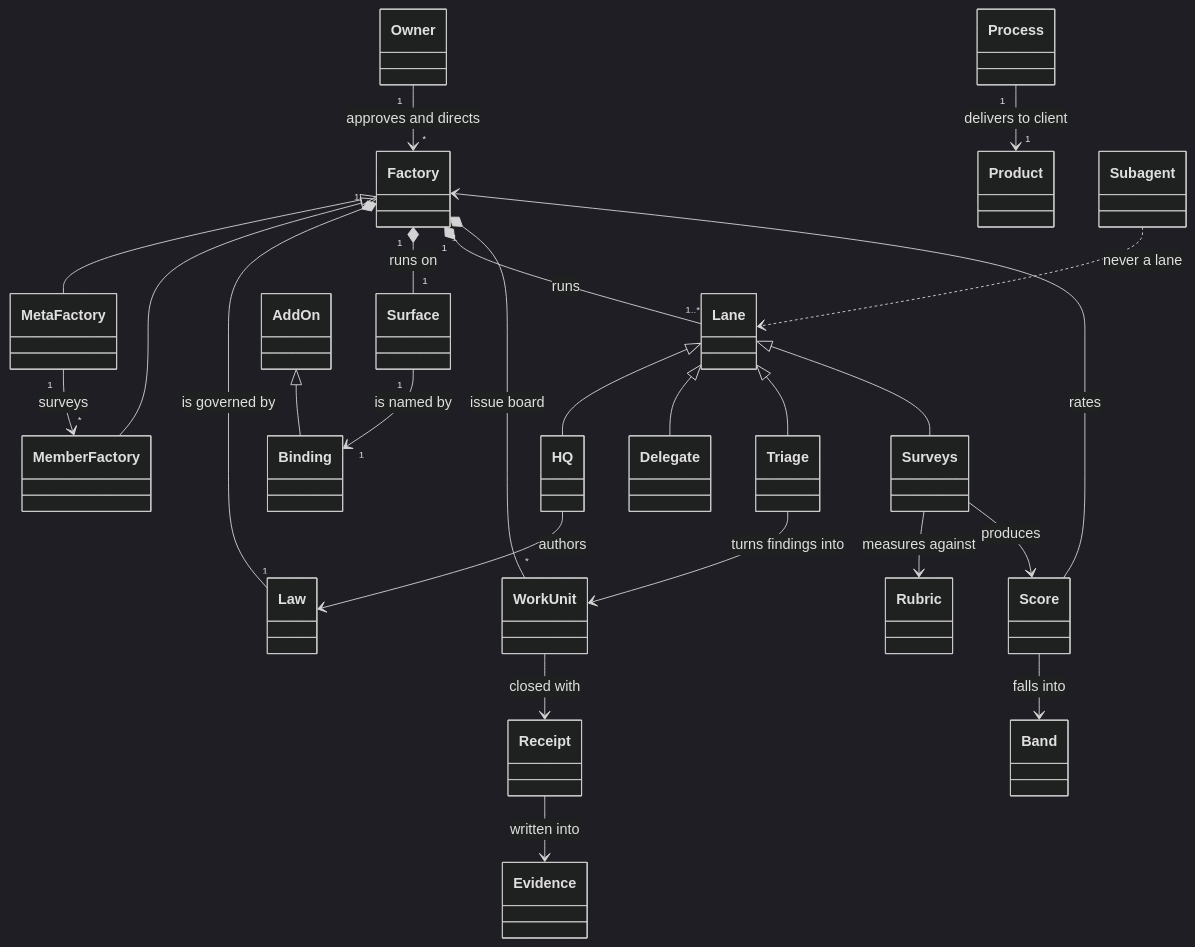
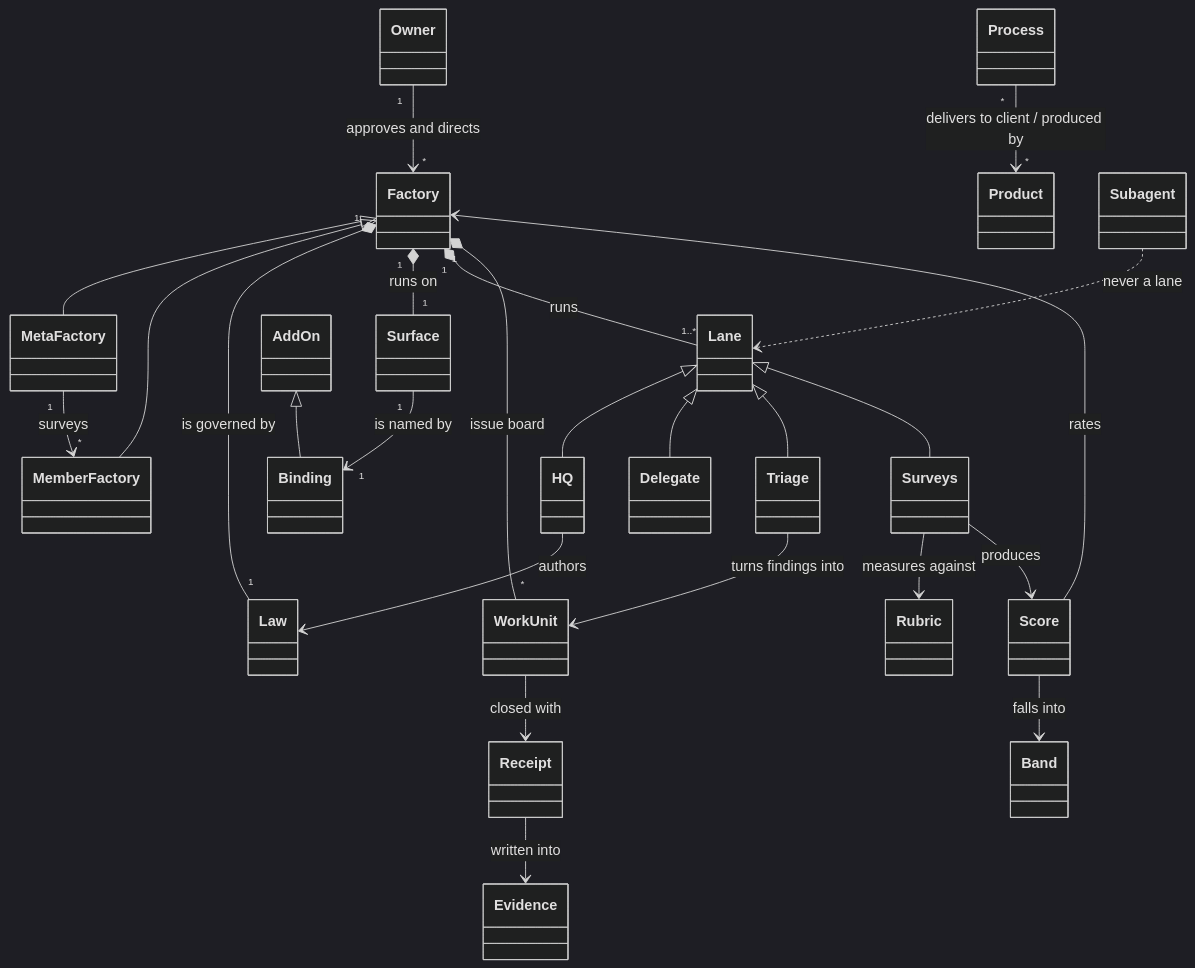
One commit to leshchenko1979/agent-factories changed the first of 4 diagrams in ONTOLOGY.md. Above: the diagram before and after it, drawn with Mermaid (dark theme). The commit also changed other lines of this file and 2 other files, not shown here.

Commit message:
Codify many-to-many process-to-product relationship and explicit client value recording

````diff
--- a/ONTOLOGY.md
+++ b/ONTOLOGY.md
@@ -70,50 +70,50 @@
 ```mermaid
 classDiagram
     class Factory
     class MetaFactory
     class MemberFactory
     class Owner
     class Lane
     class HQ
     class Delegate
     class Triage
     class Surveys
     class WorkUnit
     class Surface
     class Binding
     class AddOn
     class Law
     class Rubric
     class Score
     class Band
     class Process
     class Product
     class Receipt
     class Evidence
     class Subagent
 
     Factory <|-- MetaFactory
     Factory <|-- MemberFactory
     MetaFactory "1" --> "*" MemberFactory : surveys
     Owner "1" --> "*" Factory : approves and directs
     Factory "1" *-- "1" Law : is governed by
     Factory "1" *-- "1" Surface : runs on
     Factory "1" *-- "1..*" Lane : runs
     Factory "1" *-- "*" WorkUnit : issue board
     Surface "1" --> "1" Binding : is named by
     AddOn <|-- Binding
     Lane <|-- HQ
     Lane <|-- Delegate
     Lane <|-- Triage
     Lane <|-- Surveys
     HQ --> Law : authors
     Triage --> WorkUnit : turns findings into
     Surveys --> Rubric : measures against
     Surveys --> Score : produces
     Score --> Factory : rates
     Score --> Band : falls into
     WorkUnit --> Receipt : closed with
     Receipt --> Evidence : written into
-    Process "1" --> "1" Product : delivers to client
+    Process "*" --> "*" Product : delivers to client / produced by
     Subagent ..> Lane : never a lane
 ```
````
